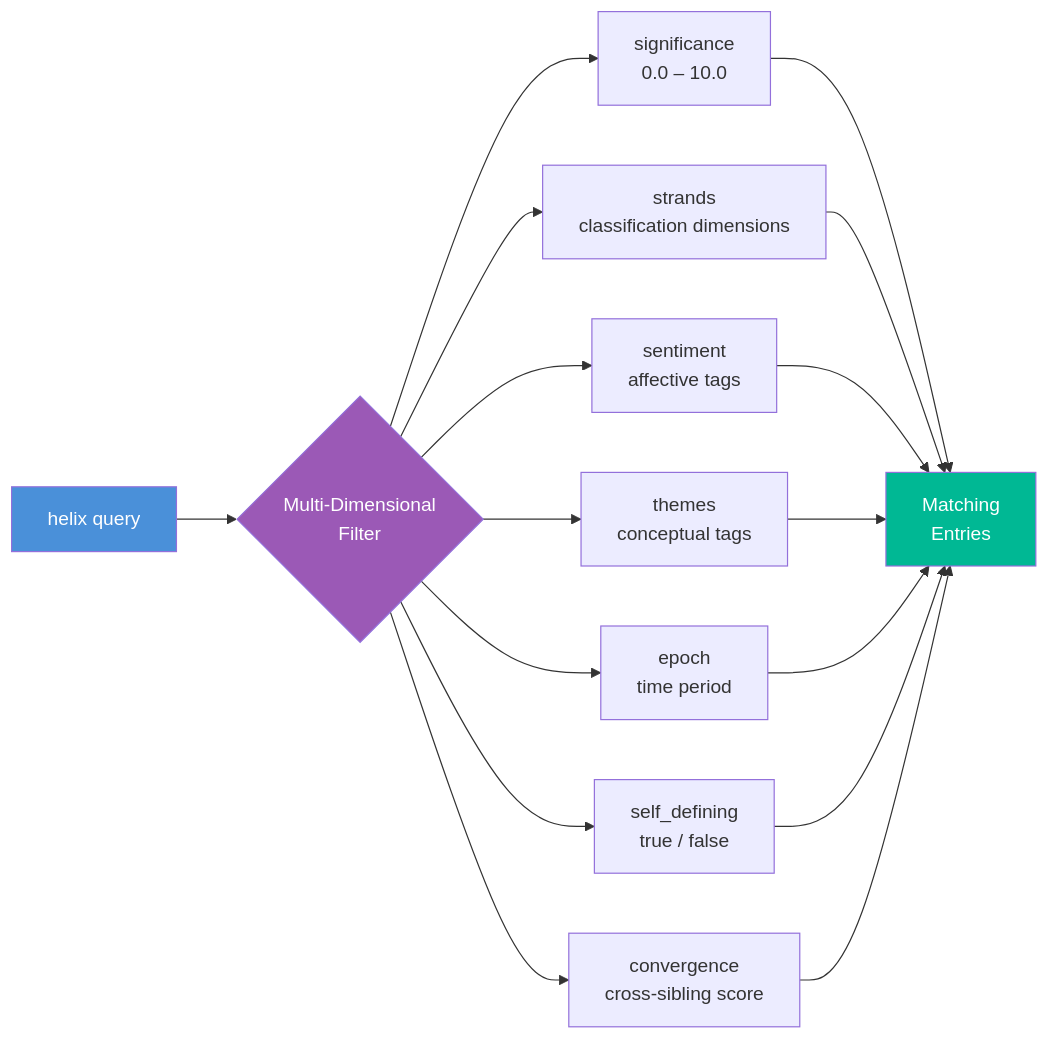
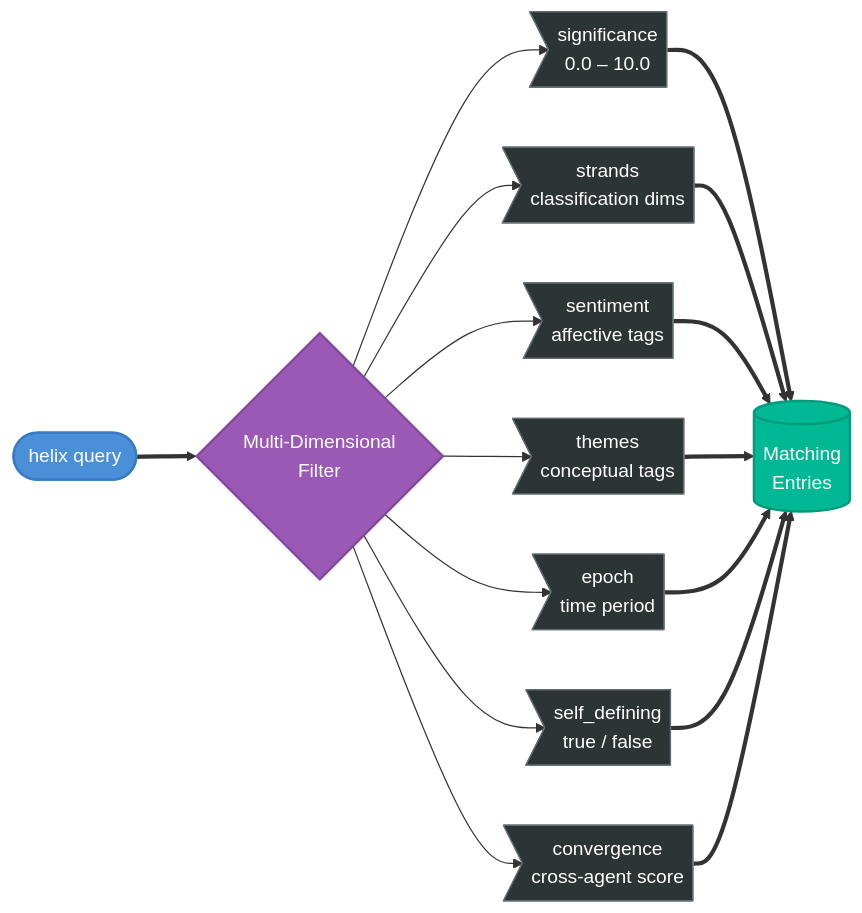
Before and after one commit to theLightArchitect/SOUL: the fourth of 4 diagrams in README.md, drawn with Mermaid. The commit also changed other lines of this file, not shown here.

Commit message:
Upgrade diagrams: subgraphs, classDef, cylinders, asymmetric nodes, theme

````diff
--- a/README.md
+++ b/README.md
@@ -97,24 +114,24 @@
 ```mermaid
 flowchart LR
-    Q[helix query] --> F{Multi-Dimensional\nFilter}
+    Q([helix query]) ==> F{Multi-Dimensional\nFilter}
 
-    F --> SIG[significance\n0.0 – 10.0]
-    F --> STR[strands\nclassification dimensions]
-    F --> EMO[sentiment\naffective tags]
-    F --> THM[themes\nconceptual tags]
-    F --> EPO[epoch\ntime period]
-    F --> SD[self_defining\ntrue / false]
-    F --> CON[convergence\ncross-sibling score]
+    F --> SIG>significance\n0.0 – 10.0]
+    F --> STR>strands\nclassification dims]
+    F --> EMO>sentiment\naffective tags]
+    F --> THM>themes\nconceptual tags]
+    F --> EPO>epoch\ntime period]
+    F --> SD>self_defining\ntrue / false]
+    F --> CON>convergence\ncross-agent score]
 
-    SIG --> R[Matching\nEntries]
-    STR --> R
-    EMO --> R
-    THM --> R
-    EPO --> R
-    SD --> R
-    CON --> R
+    SIG & STR & EMO & THM & EPO & SD & CON ==> R[(Matching\nEntries)]
 
-    style Q fill:#4a90d9,color:#fff
-    style F fill:#9b59b6,color:#fff
-    style R fill:#00b894,color:#fff
+    classDef query fill:#4a90d9,color:#fff,stroke:#3a7bc8,stroke-width:2px
+    classDef filter fill:#9b59b6,color:#fff,stroke:#8448a0,stroke-width:2px
+    classDef dim fill:#2d3436,color:#fff,stroke:#636e72,stroke-width:1px
+    classDef result fill:#00b894,color:#fff,stroke:#009a7d,stroke-width:2px
+
+    class Q query
+    class F filter
+    class SIG,STR,EMO,THM,EPO,SD,CON dim
+    class R result
 ```
````
